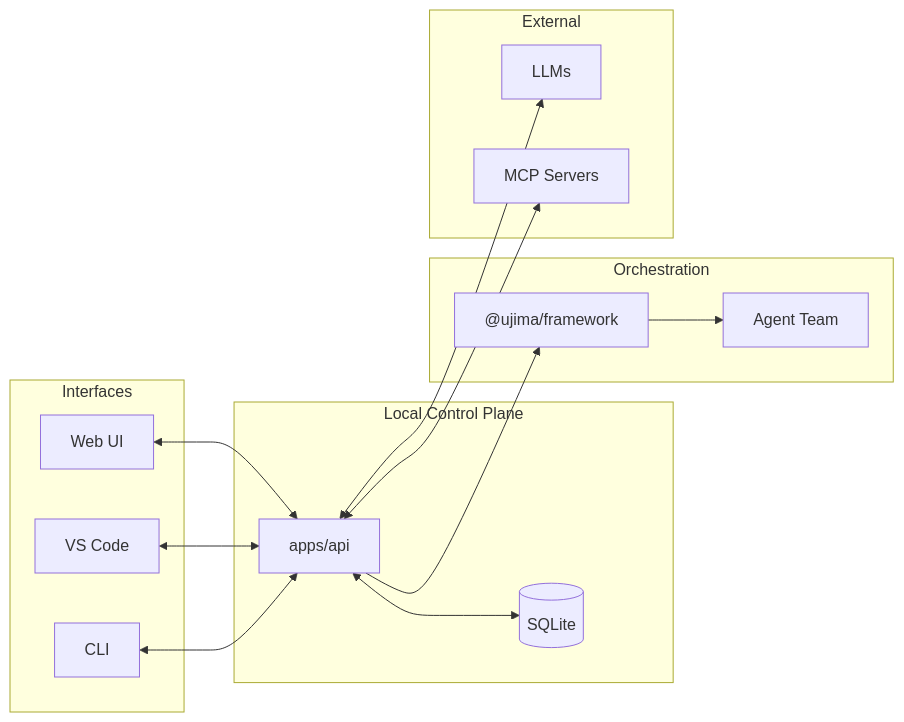
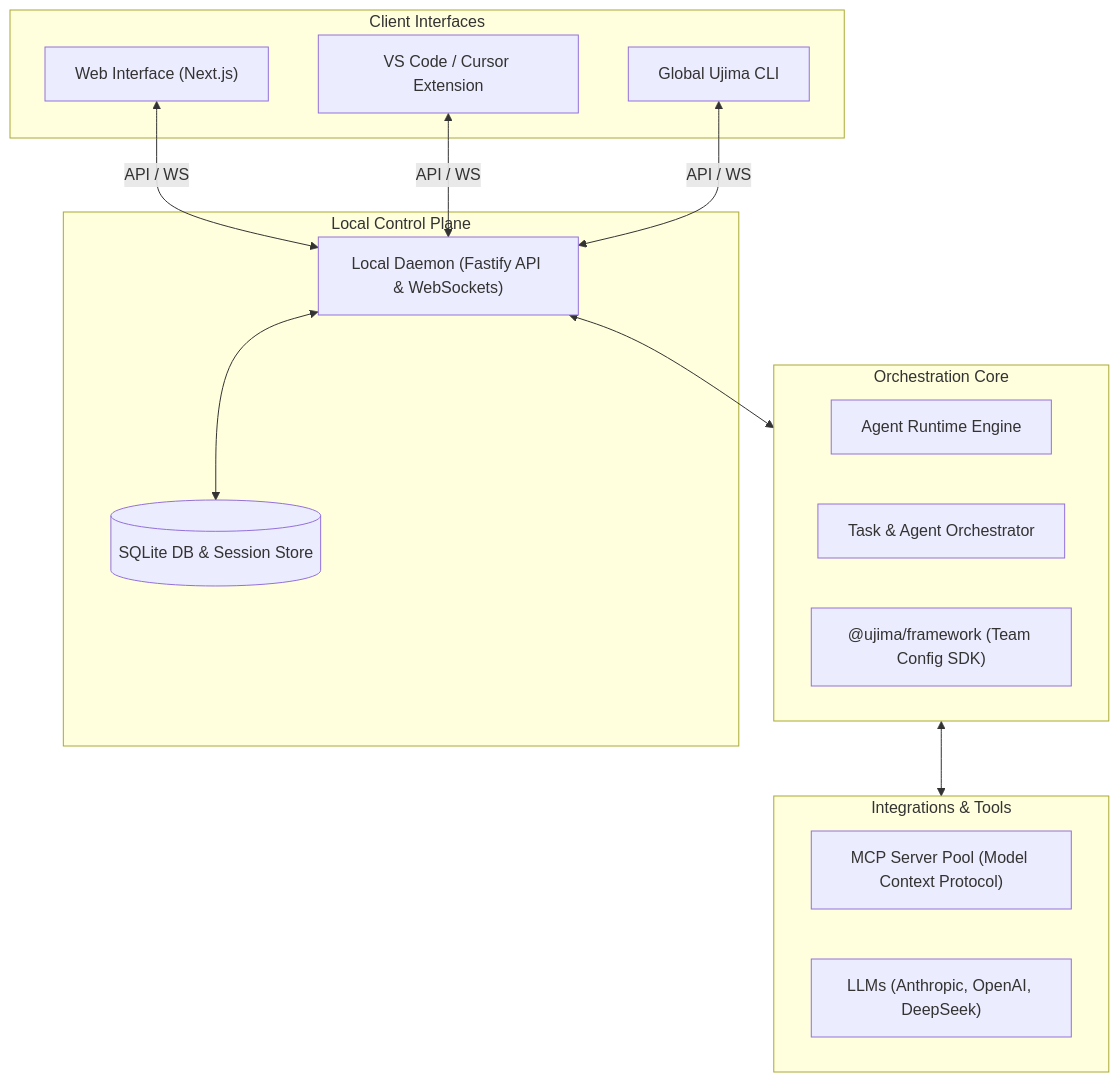
Before and after one commit to UjimaAgents/ujima-agents: the diagram in README.md, drawn with Mermaid. The commit also changed other lines of this file and 4 other files, not shown here.

Commit message:
feat: add `ujima start` CLI command for dev stack orchestration and update policy to allow edit tools on goal artifacts.

````diff
--- a/README.md
+++ b/README.md
@@ -120,30 +185,29 @@
 ```mermaid
-graph LR
-    subgraph Interfaces ["Interfaces"]
-        Web["Web UI"]
-        VSCode["VS Code"]
-        CLI[CLI]
+graph TD
+    subgraph Client ["Client Interfaces"]
+        Web["Web Interface (Next.js)"]
+        VSCode["VS Code / Cursor Extension"]
+        CLI["Global Ujima CLI"]
     end
 
     subgraph Core ["Local Control Plane"]
-        API["apps/api"]
-        DB[(SQLite)]
+        API["Local Daemon (Fastify API & WebSockets)"]
+        DB[(SQLite DB & Session Store)]
     end
 
-    subgraph Logic ["Orchestration"]
-        Framework["@ujima/framework"]
-        Agents["Agent Team"]
+    subgraph Engine ["Orchestration Core"]
+        Runtime["Agent Runtime Engine"]
+        Orchestrator["Task & Agent Orchestrator"]
+        Framework["@ujima/framework (Team Config SDK)"]
     end
 
-    subgraph External ["External"]
-        LLM[LLMs]
-        MCP["MCP Servers"]
+    subgraph Ext ["Integrations & Tools"]
+        MCP["MCP Server Pool (Model Context Protocol)"]
+        LLM["LLMs (Anthropic, OpenAI, DeepSeek)"]
     end
 
-    Web & VSCode & CLI <--> API
+    Web & VSCode & CLI <-->|API / WS| API
     API <--> DB
-    API --> Framework
-    Framework --> Agents
-    API <--> LLM
-    API <--> MCP
+    API <--> Engine
+    Engine <--> Ext
 ```
````
